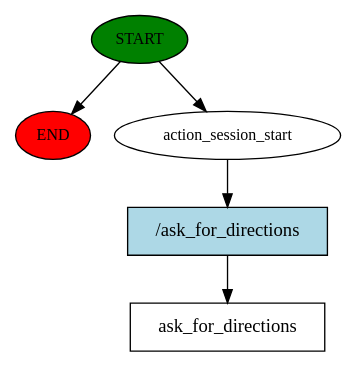
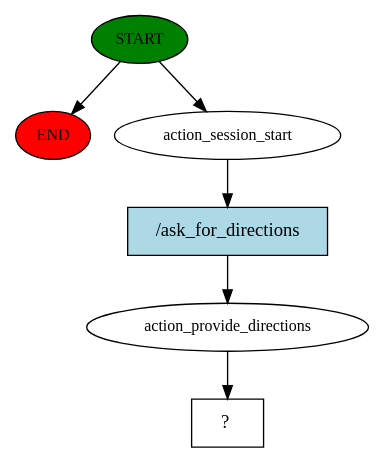
Before and after one commit to quant-1729/Mnnit_chatbot: the diagram in story_graph.dot, drawn with Graphviz. The commit also changed 290 other files, not shown here.

```diff
--- a/story_graph.dot
+++ b/story_graph.dot
@@ -1,11 +1,13 @@
 digraph  {
 0 [class="start active", fillcolor=green, fontsize=12, label=START, style=filled];
 "-1" [class=end, fillcolor=red, fontsize=12, label=END, style=filled];
 1 [class=active, fontsize=12, label=action_session_start];
-2 [class="intent dashed active", label=ask_for_directions, shape=rect];
-3 [class="intent active", fillcolor=lightblue, label="/ask_for_directions", shape=rect, style=filled];
+2 [class=active, fontsize=12, label=action_provide_directions];
+3 [class="intent dashed active", label="  ?  ", shape=rect];
+4 [class="intent active", fillcolor=lightblue, label="/ask_for_directions", shape=rect, style=filled];
 0 -> "-1"  [class="", key=NONE, label=""];
 0 -> 1  [class=active, key=NONE, label=""];
-1 -> 3  [class=active, key=0];
-3 -> 2  [class=active, key=0];
+1 -> 4  [class=active, key=0];
+2 -> 3  [class=active, key=NONE, label=""];
+4 -> 2  [class=active, key=0];
 }
```
